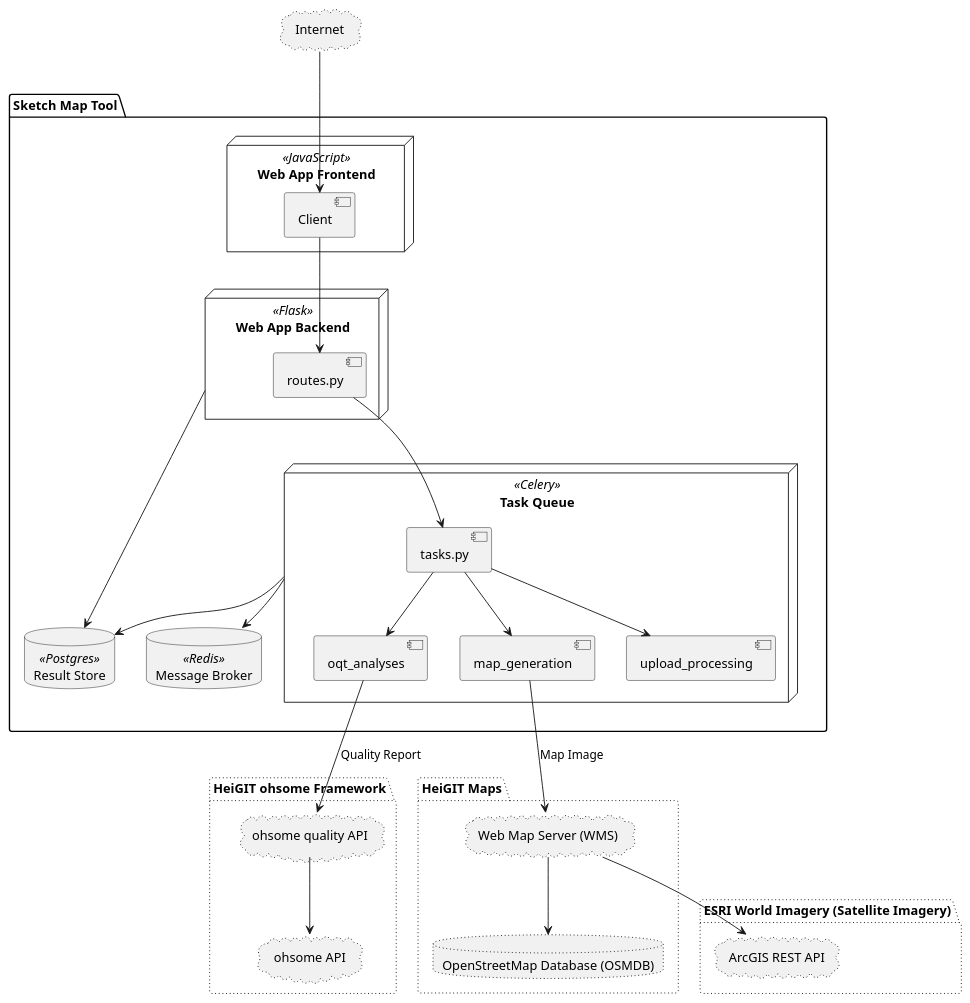
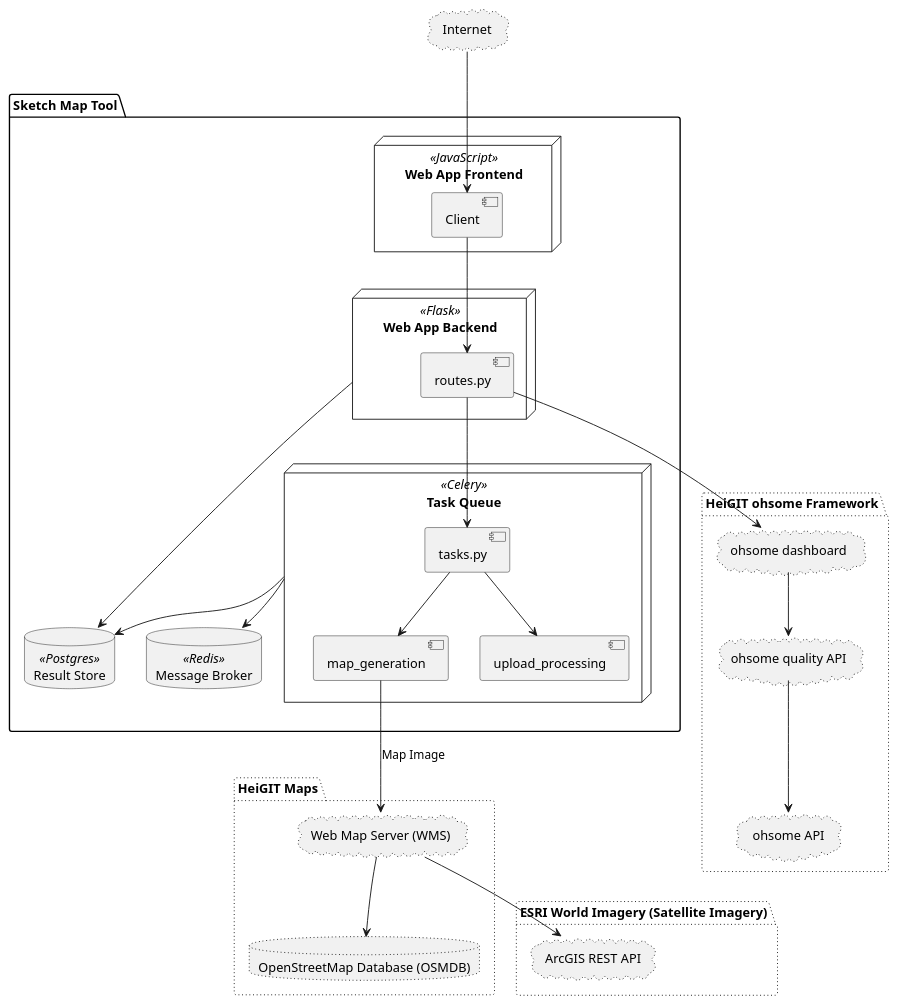
The diagram in docs/component-diagram.puml (GIScience/sketch-map-tool), drawn with PlantUML before and after one commit. The commit also changed 7 other files, not shown here.

Commit message:
fix: remove oqt_analyses module

```diff
--- a/docs/component-diagram.puml
+++ b/docs/component-diagram.puml
@@ -1,56 +1,56 @@
 @startuml
 package "Sketch Map Tool" {
   node webclient as "Web App Frontend" <<JavaScript>> {
       component client as "Client"
     }
 
     node flask as "Web App Backend" <<Flask>> {
         component routes.py
     }
 
     node celery as "Task Queue" <<Celery>>{
         component tasks.py
-        component oqt_analyses
         component map_generation
         component upload_processing
-        tasks.py --> oqt_analyses
         tasks.py --> map_generation
         tasks.py --> upload_processing
     }
 
     database postgres as "Result Store" <<Postgres>>
     database redis as "Message Broker" <<Redis>>
 
     routes.py --> tasks.py
     flask -> postgres
     celery --> redis
     celery --> postgres
     client --> routes.py
 }
 
 cloud internet as "Internet" #line.dotted
 
 package "HeiGIT Maps" #line.dotted {
     cloud wms as "Web Map Server (WMS)" #line.dotted
     database osmdb as "OpenStreetMap Database (OSMDB)" #line.dotted
 
 }
 
 package "HeiGIT ohsome Framework" #line.dotted {
-    cloud oqt as "ohsome quality API" #line.dotted
+    cloud dashboard as "ohsome dashboard" #line.dotted
+    cloud oqapi as "ohsome quality API" #line.dotted
     cloud ohsome as "ohsome API" #line.dotted
 }
 
 package "ESRI World Imagery (Satellite Imagery)" #line.dotted {
     cloud arcgis as "ArcGIS REST API" #line.dotted
 }
 
 internet --> client
 
 map_generation --> wms : Map Image
 wms --> osmdb
 wms --> arcgis
 
-oqt_analyses --> oqt : Quality Report
-oqt --> ohsome
+routes.py --> dashboard
+dashboard --> oqapi
+oqapi --> ohsome
 @enduml
```
